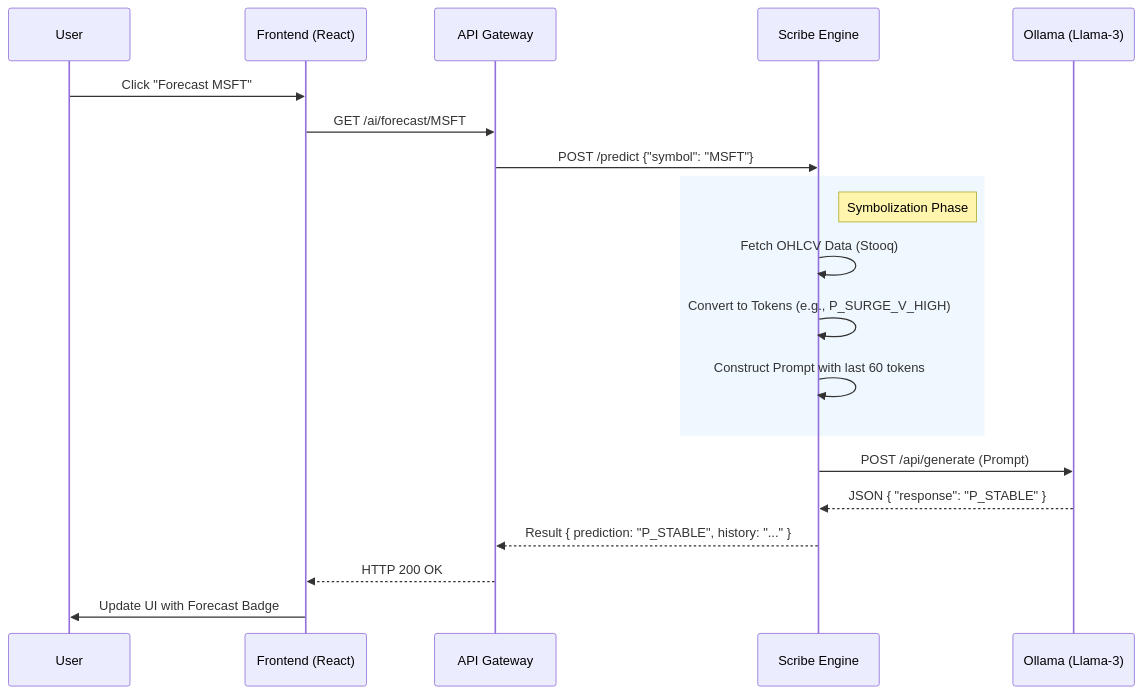
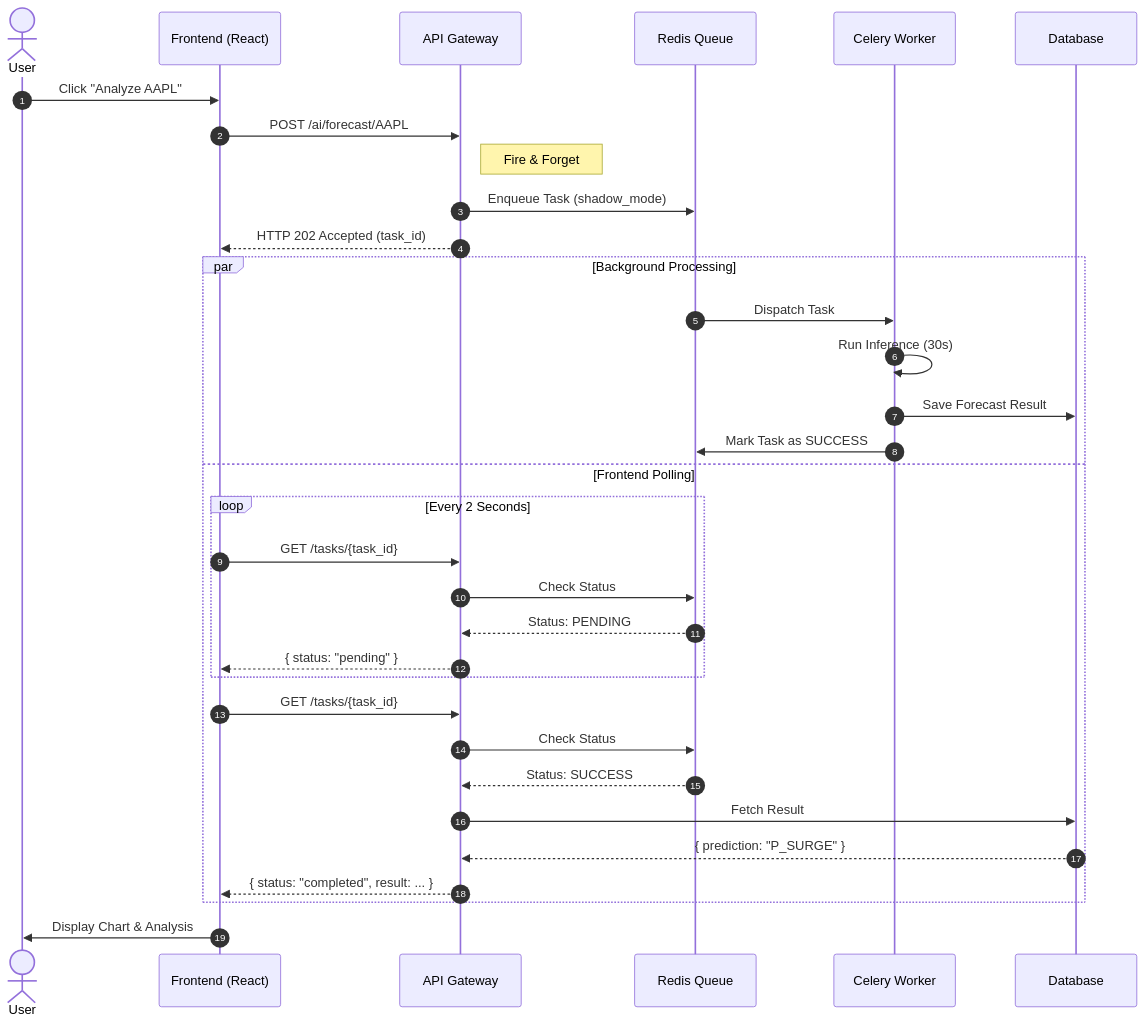
The diagram in docs/sequence_diagram.mmd (MuhammetAliVarlik/FinwiseBackend), drawn with Mermaid before and after one commit. The commit also changed 16 other files, not shown here.

Commit message:
implement fire-and-forget architecture (redis/celery/polling)

```diff
--- a/docs/sequence_diagram.mmd
+++ b/docs/sequence_diagram.mmd
@@ -1,24 +1,39 @@
 sequenceDiagram
-    participant U as User
+    autonumber
+    actor User
     participant FE as Frontend (React)
     participant API as API Gateway
-    participant S as Scribe Engine
-    participant O as Ollama (Llama-3)
+    participant Redis as Redis Queue
+    participant Worker as Celery Worker
+    participant DB as Database
 
-    U->>FE: Click "Forecast MSFT"
-    FE->>API: GET /ai/forecast/MSFT
-    API->>S: POST /predict {"symbol": "MSFT"}
+    User->>FE: Click "Analyze AAPL"
+    FE->>API: POST /ai/forecast/AAPL
     
-    rect rgb(240, 248, 255)
-        note right of S: Symbolization Phase
-        S->>S: Fetch OHLCV Data (Stooq)
-        S->>S: Convert to Tokens (e.g., P_SURGE_V_HIGH)
-        S->>S: Construct Prompt with last 60 tokens
+    Note right of API: Fire & Forget
+    API->>Redis: Enqueue Task (shadow_mode)
+    API-->>FE: HTTP 202 Accepted (task_id)
+    
+    par Background Processing
+        Redis->>Worker: Dispatch Task
+        Worker->>Worker: Run Inference (30s)
+        Worker->>DB: Save Forecast Result
+        Worker->>Redis: Mark Task as SUCCESS
+    and Frontend Polling
+        loop Every 2 Seconds
+            FE->>API: GET /tasks/{task_id}
+            API->>Redis: Check Status
+            Redis-->>API: Status: PENDING
+            API-->>FE: { status: "pending" }
+        end
+        
+        %% Final Success
+        FE->>API: GET /tasks/{task_id}
+        API->>Redis: Check Status
+        Redis-->>API: Status: SUCCESS
+        API->>DB: Fetch Result
+        DB-->>API: { prediction: "P_SURGE" }
+        API-->>FE: { status: "completed", result: ... }
     end
-    
-    S->>O: POST /api/generate (Prompt)
-    O-->>S: JSON { "response": "P_STABLE" }
-    
-    S-->>API: Result { prediction: "P_STABLE", history: "..." }
-    API-->>FE: HTTP 200 OK
-    FE->>U: Update UI with Forecast Badge
+
+    FE->>User: Display Chart & Analysis
```
